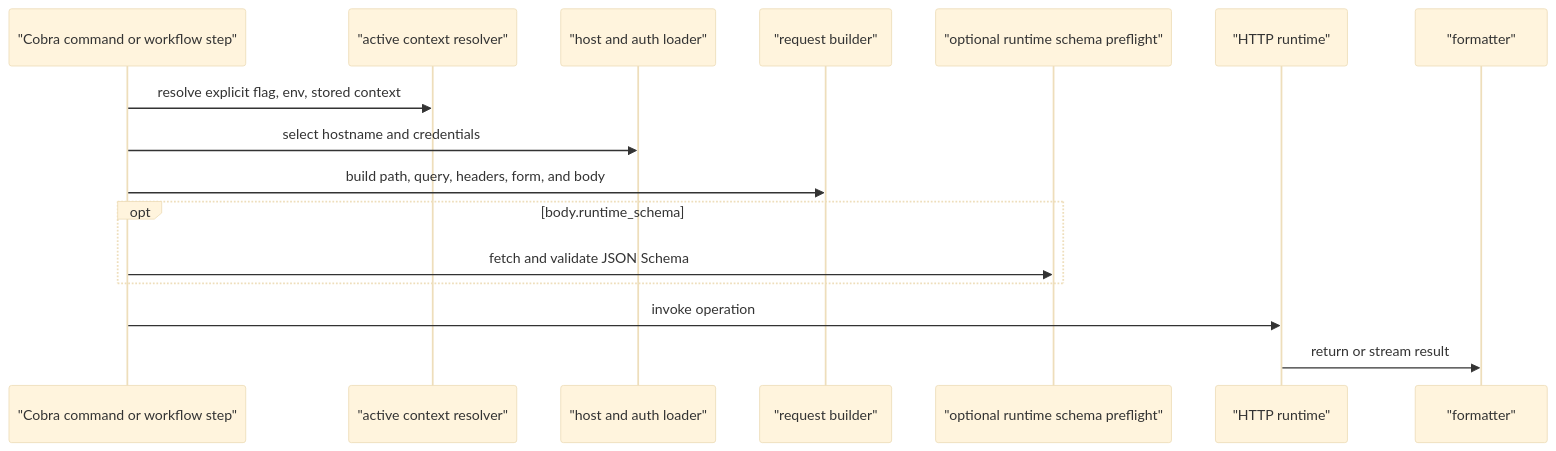
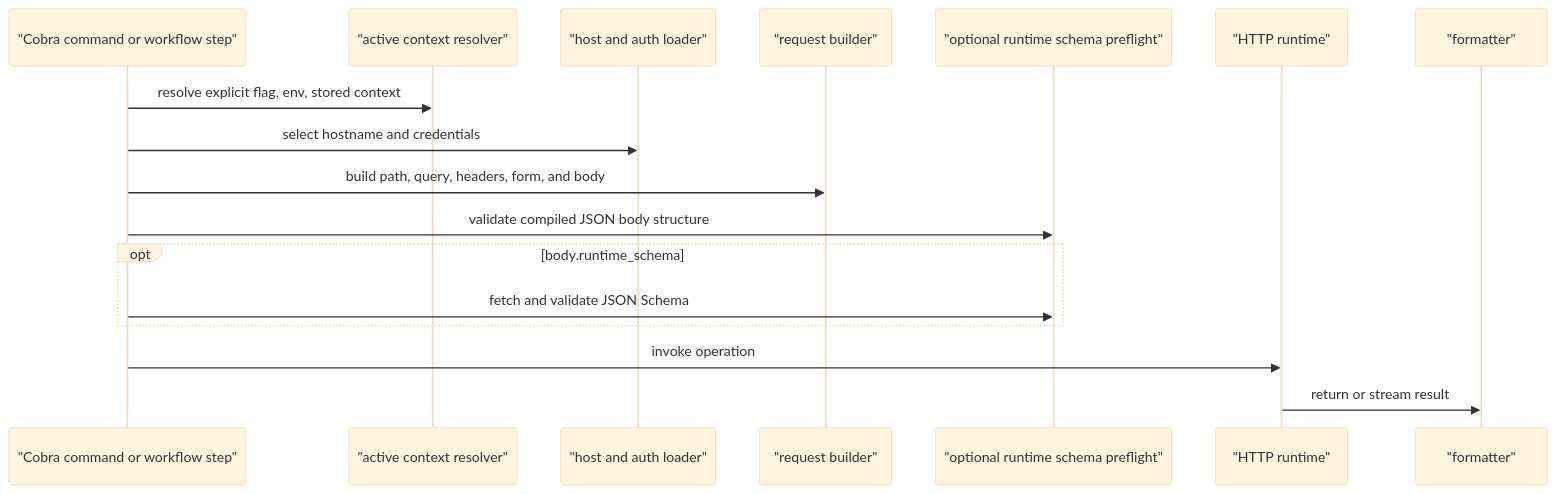
The second of 2 diagrams in docs/architecture.md (lathe-cli/lathe), drawn with Mermaid (base theme) before and after one commit. The commit also changed 28 other files, not shown here.

First line of the commit message:
fix(runtime): validate compiled JSON request body schemas (#189)

````diff
--- a/docs/architecture.md
+++ b/docs/architecture.md
@@ -101,19 +101,20 @@
 ```mermaid
 sequenceDiagram
     participant Command as "Cobra command or workflow step"
     participant Context as "active context resolver"
     participant Host as "host and auth loader"
     participant Body as "request builder"
     participant Schema as "optional runtime schema preflight"
     participant Client as "HTTP runtime"
     participant Output as "formatter"
 
     Command->>Context: resolve explicit flag, env, stored context
     Command->>Host: select hostname and credentials
     Command->>Body: build path, query, headers, form, and body
+    Command->>Schema: validate compiled JSON body structure
     opt body.runtime_schema
         Command->>Schema: fetch and validate JSON Schema
     end
     Command->>Client: invoke operation
     Client->>Output: return or stream result
 ```
````
